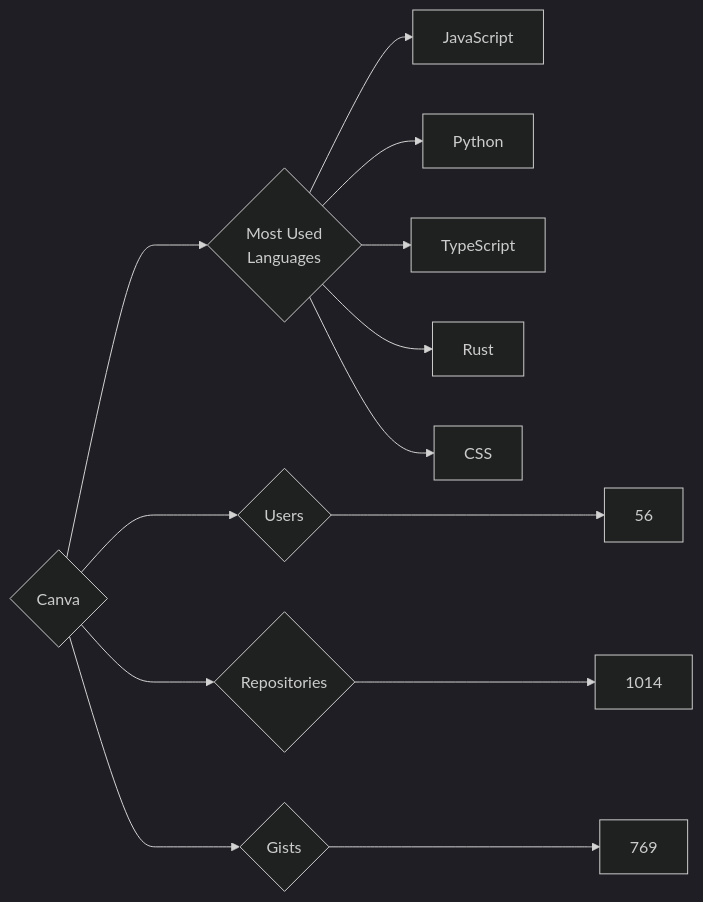
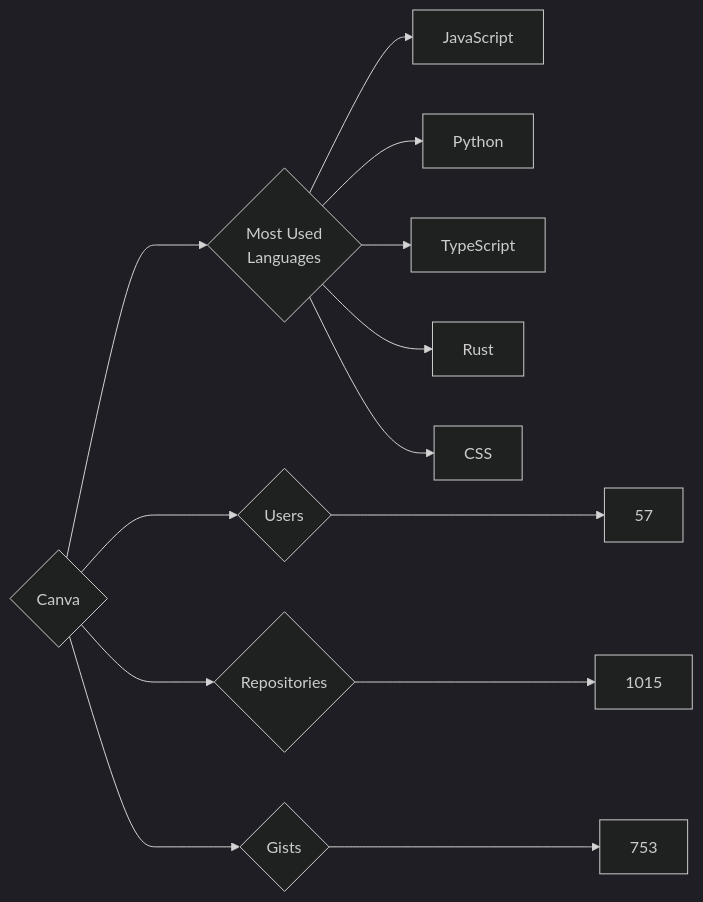
One commit to trickest/insiders changed the diagram in targets/Canva/README.md. Above: the diagram before and after it, drawn with Mermaid (dark theme). The commit also changed 932 other files, not shown here.

````diff
--- a/targets/Canva/README.md
+++ b/targets/Canva/README.md
@@ -3,13 +3,13 @@
 ```mermaid
 graph LR
 COMPANY_NAME{Canva}
-COMPANY_NAME ---> U{Users} ---> UN[56]
-COMPANY_NAME ---> R{Repositories} ---> RN[1014]
-COMPANY_NAME ---> G{Gists} ---> GN[769]
+COMPANY_NAME ---> U{Users} ---> UN[57]
+COMPANY_NAME ---> R{Repositories} ---> RN[1015]
+COMPANY_NAME ---> G{Gists} ---> GN[753]
 COMPANY_NAME ---> ML{Most Used<br>Languages}
 ML --> JavaScript[JavaScript]
 ML --> Python[Python]
 ML --> TypeScript[TypeScript]
 ML --> Rust[Rust]
 ML --> CSS[CSS]
 ```
````
